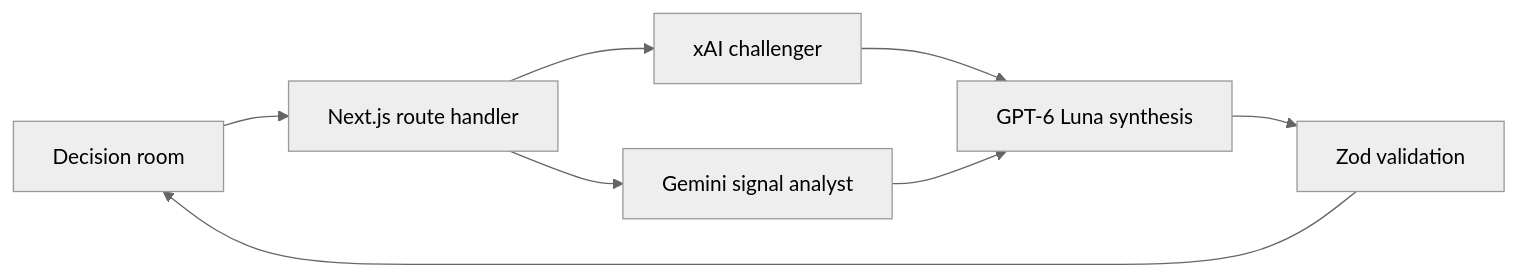
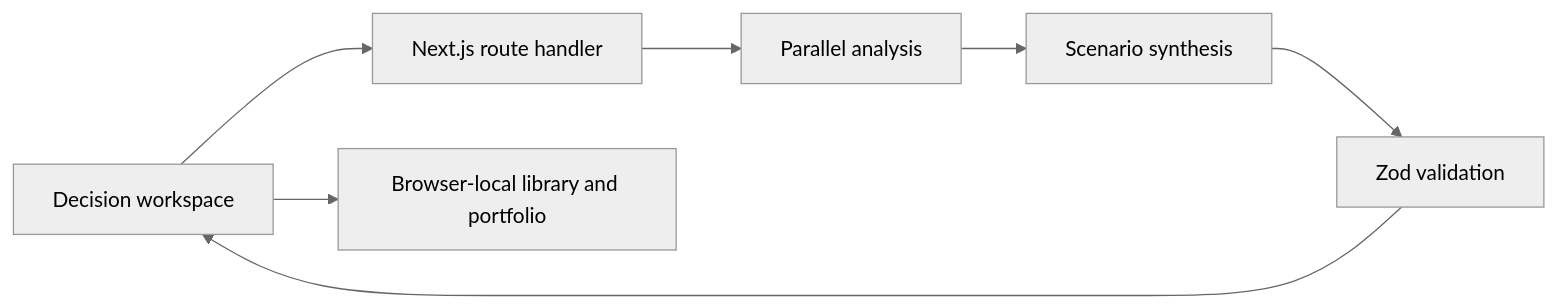
Before and after one commit to satvikOS/SDP: the diagram in README.md, drawn with Mermaid (neutral theme). The commit also changed other lines of this file and 52 other files, not shown here.

Commit message:
feat: overhaul SDP decision workspace

````diff
--- a/README.md
+++ b/README.md
@@ -19,10 +19,9 @@
 ```mermaid
 flowchart LR
-  Browser[Decision room] --> Route[Next.js route handler]
-  Route --> XAI[xAI challenger]
-  Route --> Gemini[Gemini signal analyst]
-  XAI --> Luna[GPT-6 Luna synthesis]
-  Gemini --> Luna
-  Luna --> Schema[Zod validation]
+  Browser[Decision workspace] --> Route[Next.js route handler]
+  Route --> Analysis[Parallel analysis]
+  Analysis --> Synthesis[Scenario synthesis]
+  Synthesis --> Schema[Zod validation]
   Schema --> Browser
+  Browser --> Local[Browser-local library and portfolio]
 ```
````
